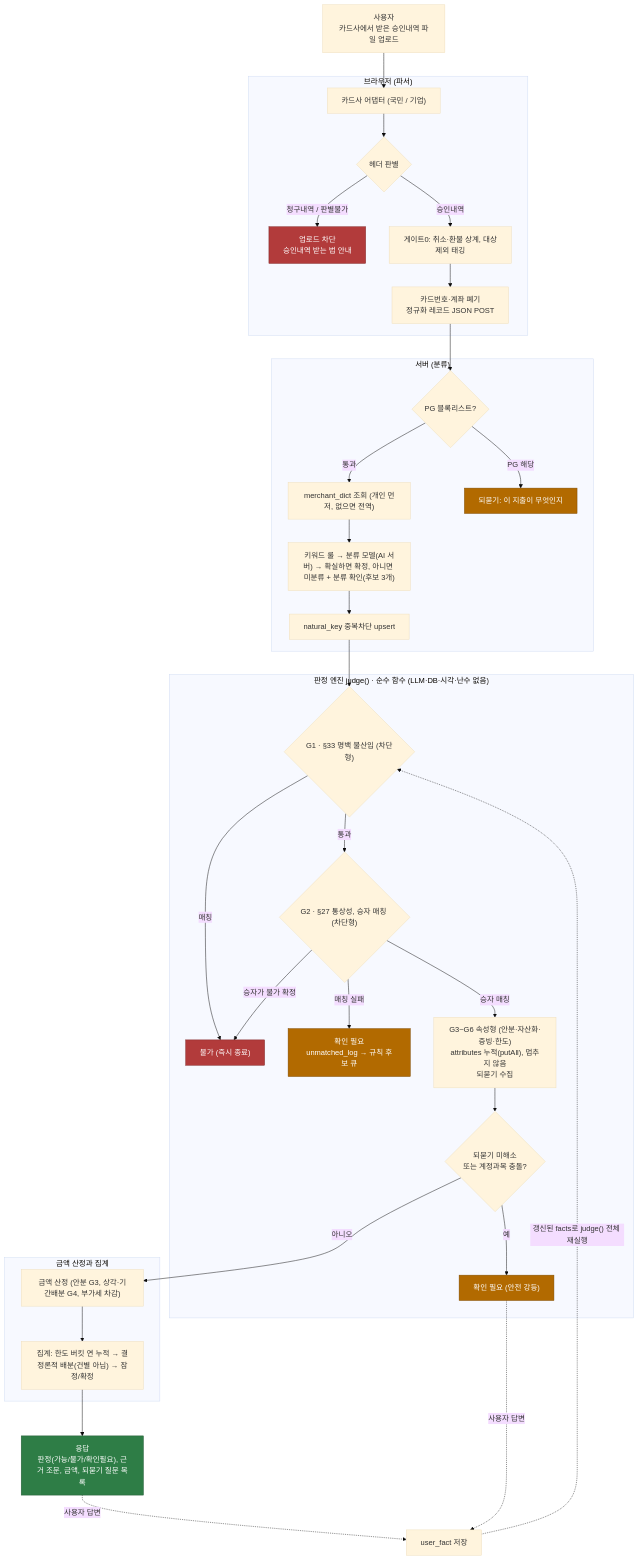
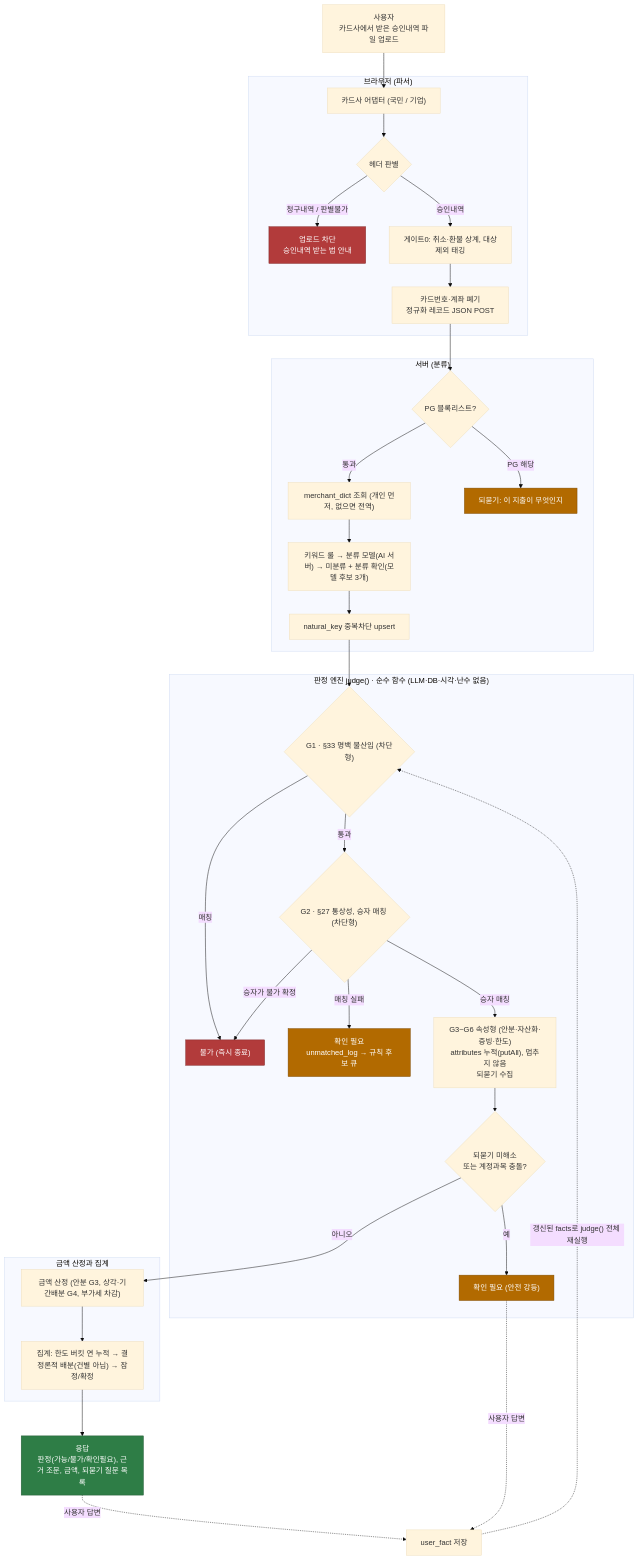
The first of 3 diagrams in docs/architecture.md (RainDrop3/ktc4-pusan-4), drawn with Mermaid (base theme) before and after one commit. The commit also changed other lines of this file and 2 other files, not shown here.

````diff
--- a/docs/architecture.md
+++ b/docs/architecture.md
@@ -14,66 +14,66 @@
 ```mermaid
 flowchart TD
     U["사용자<br/>카드사에서 받은 승인내역 파일 업로드"]
 
     subgraph BROWSER["브라우저 (파서)"]
         P1["카드사 어댑터 (국민 / 기업)"]
         P2{"헤더 판별"}
         BLOCK["업로드 차단<br/>승인내역 받는 법 안내"]
         P3["게이트0: 취소·환불 상계, 대상제외 태깅"]
         P4["카드번호·계좌 폐기<br/>정규화 레코드 JSON POST"]
         P1 --> P2
         P2 -->|"청구내역 / 판별불가"| BLOCK
         P2 -->|"승인내역"| P3 --> P4
     end
 
     subgraph SERVER["서버 (분류)"]
         S1{"PG 블록리스트?"}
         S2["merchant_dict 조회 (개인 먼저, 없으면 전역)"]
-        S3["키워드 룰 → 분류 모델(AI 서버) → 확실하면 확정, 아니면 미분류 + 분류 확인(후보 3개)"]
+        S3["키워드 룰 → 분류 모델(AI 서버) → 미분류 + 분류 확인(모델 후보 3개)"]
         S4["natural_key 중복차단 upsert"]
         S1 -->|"PG 해당"| ASKC["되묻기: 이 지출이 무엇인지"]
         S1 -->|"통과"| S2 --> S3 --> S4
     end
 
     subgraph ENGINE["판정 엔진 judge() · 순수 함수 (LLM·DB·시각·난수 없음)"]
         G1{"G1 · §33 명백 불산입 (차단형)"}
         UNAV["불가 (즉시 종료)"]
         G2{"G2 · §27 통상성, 승자 매칭 (차단형)"}
         REVIEW["확인 필요<br/>unmatched_log → 규칙 후보 큐"]
         G36["G3~G6 속성형 (안분·자산화·증빙·한도)<br/>attributes 누적(putAll), 멈추지 않음<br/>되묻기 수집"]
         QCHK{"되묻기 미해소<br/>또는 계정과목 충돌?"}
         SAFE["확인 필요 (안전 강등)"]
         G1 -->|"매칭"| UNAV
         G1 -->|"통과"| G2
         G2 -->|"매칭 실패"| REVIEW
         G2 -->|"승자가 불가 확정"| UNAV
         G2 -->|"승자 매칭"| G36 --> QCHK
         QCHK -->|"예"| SAFE
     end
 
     subgraph AMOUNT["금액 산정과 집계"]
         AMT["금액 산정 (안분 G3, 상각·기간배분 G4, 부가세 차감)"]
         AGG["집계: 한도 버킷 연 누적 → 결정론적 배분(건별 아님) → 잠정/확정"]
         AMT --> AGG
     end
 
     RESP["응답<br/>판정(가능/불가/확인필요), 근거 조문, 금액, 되묻기 질문 목록"]
     FACT["user_fact 저장"]
 
     U --> P1
     P4 --> S1
     S4 --> G1
     QCHK -->|"아니오"| AMT
     AGG --> RESP
 
     RESP -.->|"사용자 답변"| FACT
     SAFE -.->|"사용자 답변"| FACT
     FACT -.->|"갱신된 facts로 judge() 전체 재실행"| G1
 
     classDef block fill:#b23b3b,color:#ffffff,stroke:#7f2626;
     classDef review fill:#b26a00,color:#ffffff,stroke:#7d4a00;
     classDef done fill:#2e7d46,color:#ffffff,stroke:#1f5731;
     class UNAV,BLOCK block;
     class REVIEW,SAFE,ASKC review;
     class RESP done;
 ```
````
